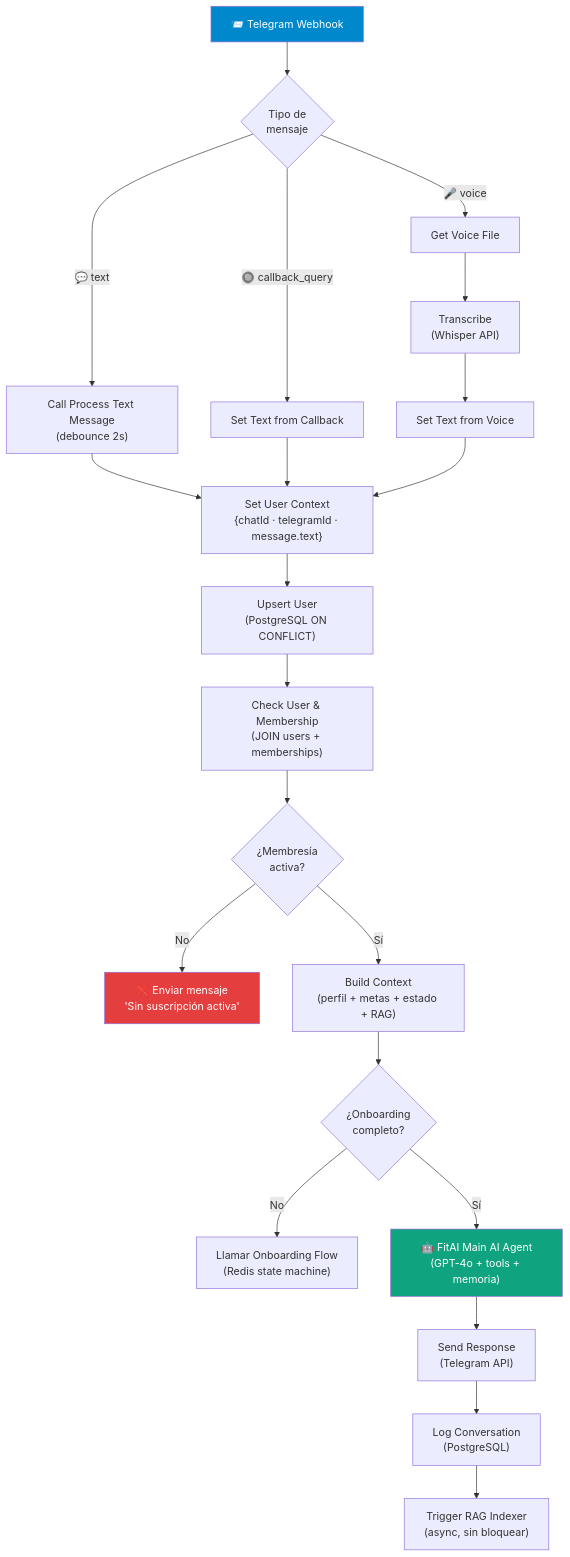
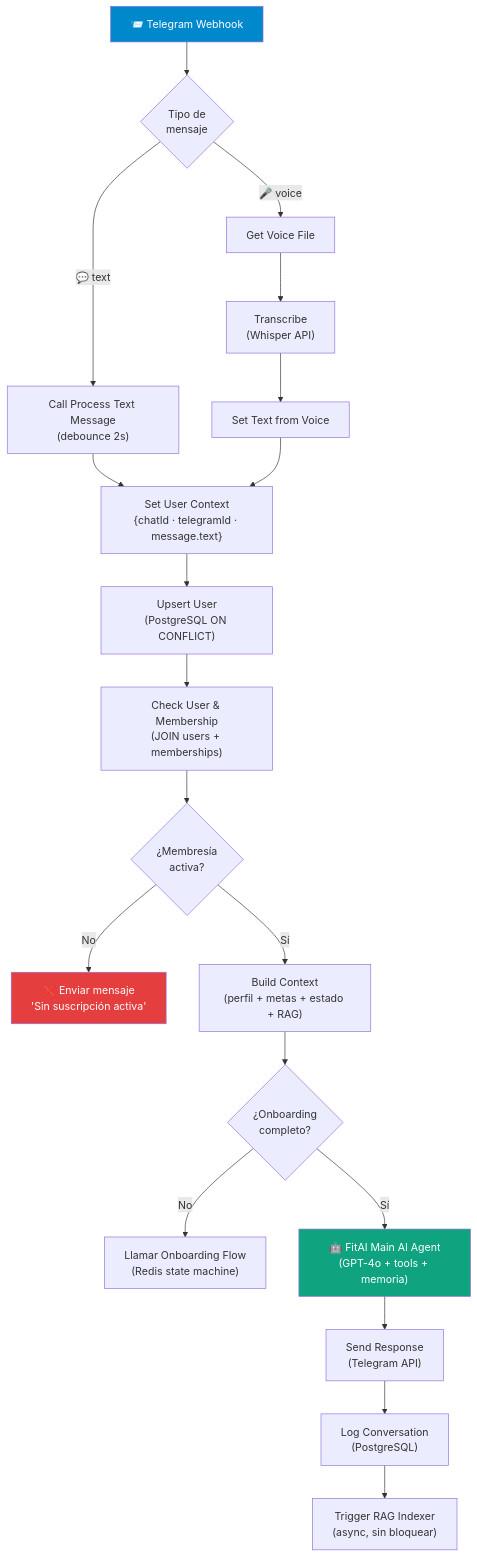
The second of 6 diagrams in n8n/workflows/README.md (mauroibarra/asistente-nutrition-fitness), drawn with Mermaid before and after one commit. The commit also changed other lines of this file and 17 other files, not shown here.

````diff
--- a/n8n/workflows/README.md
+++ b/n8n/workflows/README.md
@@ -88,32 +88,30 @@
 ```mermaid
 flowchart TD
     TG["📨 Telegram Webhook"] --> SW{Tipo de\nmensaje}
 
     SW -->|"🎤 voice"| VF["Get Voice File"]
     SW -->|"💬 text"| PT["Call Process Text Message\n(debounce 2s)"]
-    SW -->|"🔘 callback_query"| CB["Set Text from Callback"]
 
     VF --> TR["Transcribe\n(Whisper API)"] --> SV["Set Text from Voice"]
     PT --> SUC
-    CB --> SUC
     SV --> SUC["Set User Context\n{chatId · telegramId · message.text}"]
 
     SUC --> UU["Upsert User\n(PostgreSQL ON CONFLICT)"]
     UU --> CM["Check User & Membership\n(JOIN users + memberships)"]
     CM --> IM{¿Membresía\nactiva?}
 
     IM -->|"No"| NM["❌ Enviar mensaje\n'Sin suscripción activa'"]
     IM -->|"Sí"| BC["Build Context\n(perfil + metas + estado + RAG)"]
     BC --> IO{¿Onboarding\ncompleto?}
 
     IO -->|"No"| OF["Llamar Onboarding Flow\n(Redis state machine)"]
     IO -->|"Sí"| AG["🤖 FitAI Main AI Agent\n(GPT-4o + tools + memoria)"]
 
     AG --> SR["Send Response\n(Telegram API)"]
     SR --> LC["Log Conversation\n(PostgreSQL)"]
     LC --> RI["Trigger RAG Indexer\n(async, sin bloquear)"]
 
     style TG fill:#0088cc,color:#fff
     style AG fill:#10a37f,color:#fff
     style NM fill:#e53e3e,color:#fff
 ```
````
